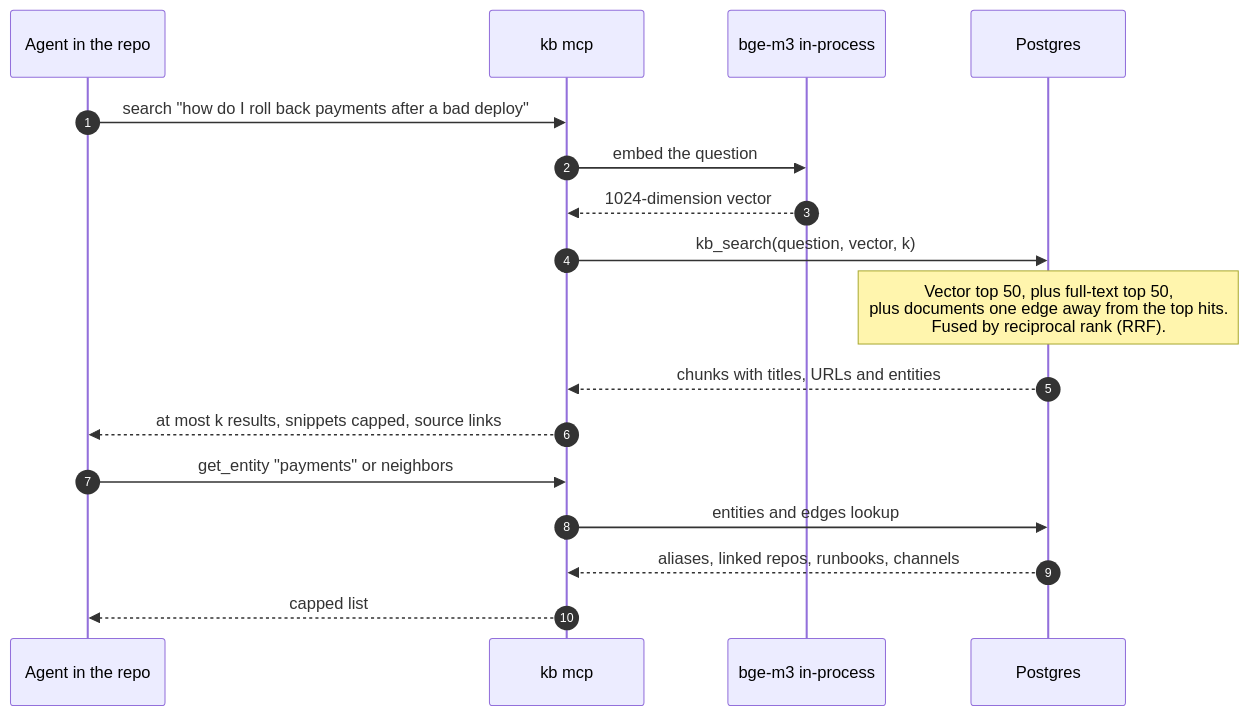
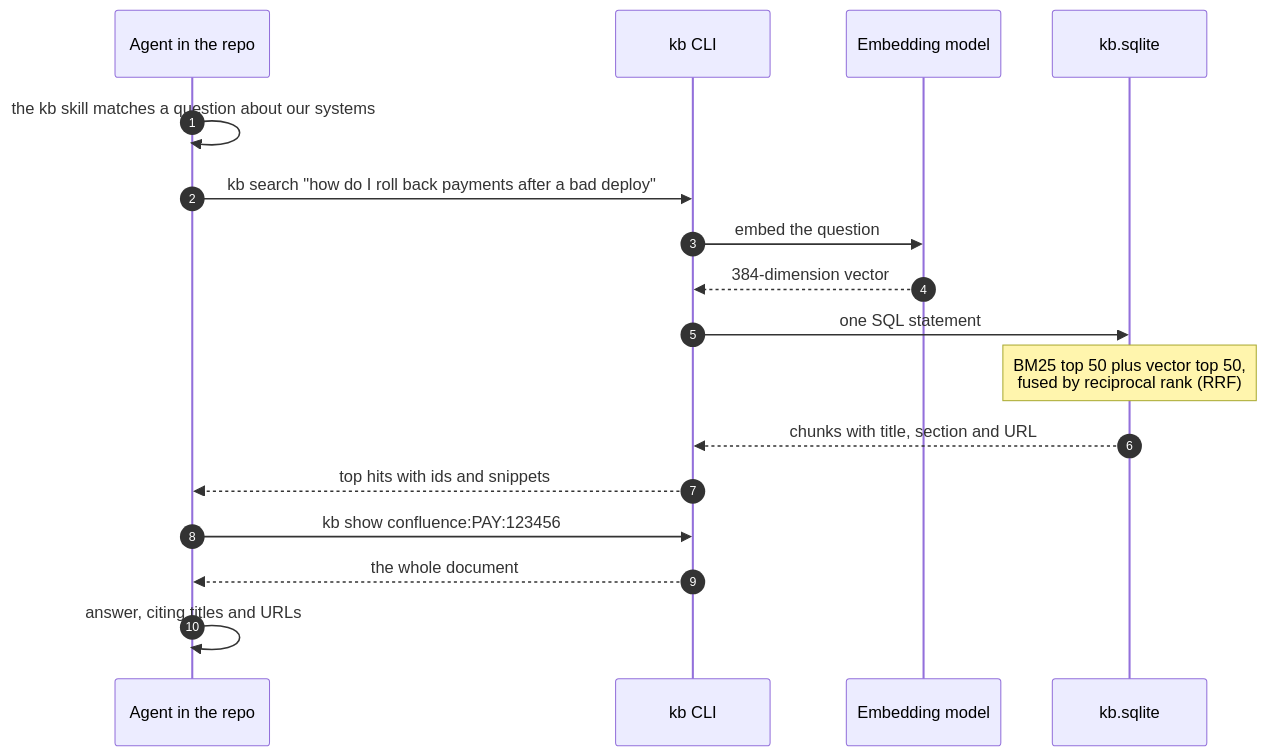
Before and after one commit to abhijitkushwaha1998/knowledge-base: the third of 4 diagrams in docs/architecture.md, drawn with Mermaid. The commit also changed other lines of this file and 14 other files, not shown here.

````diff
--- a/docs/architecture.md
+++ b/docs/architecture.md
@@ -115,19 +98,19 @@
 ```mermaid
 sequenceDiagram
   autonumber
-  participant U as Agent in the repo
-  participant G as kb mcp
-  participant M as bge-m3 in-process
-  participant DB as Postgres
-  U->>G: search "how do I roll back payments after a bad deploy"
-  G->>M: embed the question
-  M-->>G: 1024-dimension vector
-  G->>DB: kb_search(question, vector, k)
-  Note over DB: Vector top 50, plus full-text top 50,<br/>plus documents one edge away from the top hits.<br/>Fused by reciprocal rank (RRF).
-  DB-->>G: chunks with titles, URLs and entities
-  G-->>U: at most k results, snippets capped, source links
-  U->>G: get_entity "payments" or neighbors
-  G->>DB: entities and edges lookup
-  DB-->>G: aliases, linked repos, runbooks, channels
-  G-->>U: capped list
+  participant A as Agent in the repo
+  participant K as kb CLI
+  participant M as Embedding model
+  participant DB as kb.sqlite
+  A->>A: the kb skill matches a question about our systems
+  A->>K: kb search "how do I roll back payments after a bad deploy"
+  K->>M: embed the question
+  M-->>K: 384-dimension vector
+  K->>DB: one SQL statement
+  Note over DB: BM25 top 50 plus vector top 50,<br/>fused by reciprocal rank (RRF)
+  DB-->>K: chunks with title, section and URL
+  K-->>A: top hits with ids and snippets
+  A->>K: kb show confluence:PAY:123456
+  K-->>A: the whole document
+  A->>A: answer, citing titles and URLs
 ```
````
